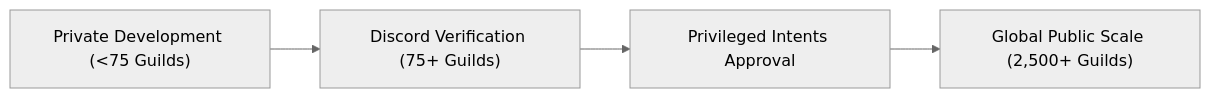
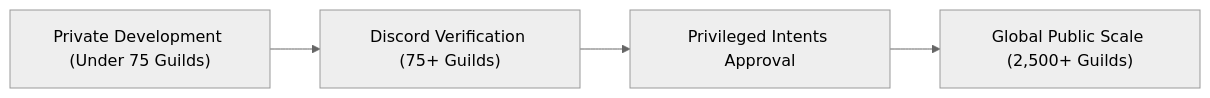
One commit to SlickPickleNick/SlickBot changed the diagram in docs/EXPANSION_ROADMAP.md. Above: the diagram before and after it, drawn with Mermaid (neutral theme). The commit also changed other lines of this file and 2 other files, not shown here.

Commit message:
Created roadmap for the future of SlickBot

````diff
--- a/docs/EXPANSION_ROADMAP.md
+++ b/docs/EXPANSION_ROADMAP.md
@@ -32,6 +32,6 @@
 ```mermaid
-flowchart LR
-    A["Private Development (<75 Guilds)"] --> B["Discord Verification (75+ Guilds)"]
+graph LR
+    A["Private Development (Under 75 Guilds)"] --> B["Discord Verification (75+ Guilds)"]
     B --> C["Privileged Intents Approval"]
     C --> D["Global Public Scale (2,500+ Guilds)"]
 ```
````
